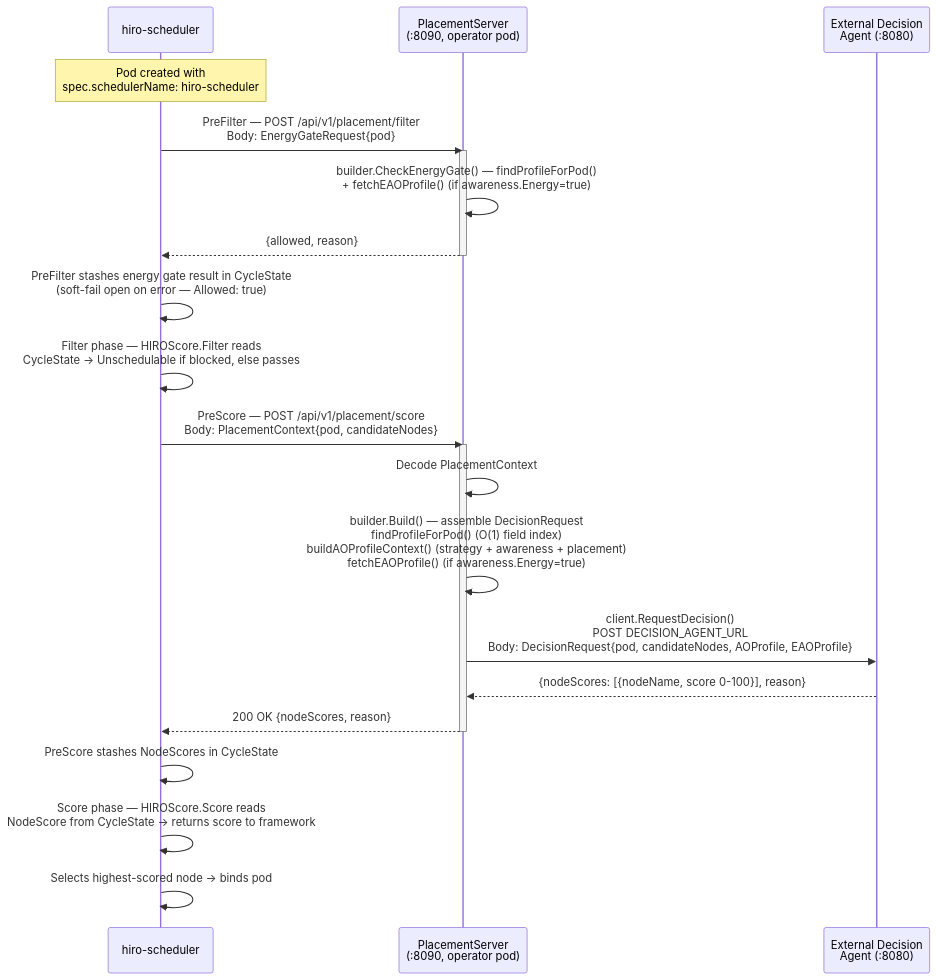
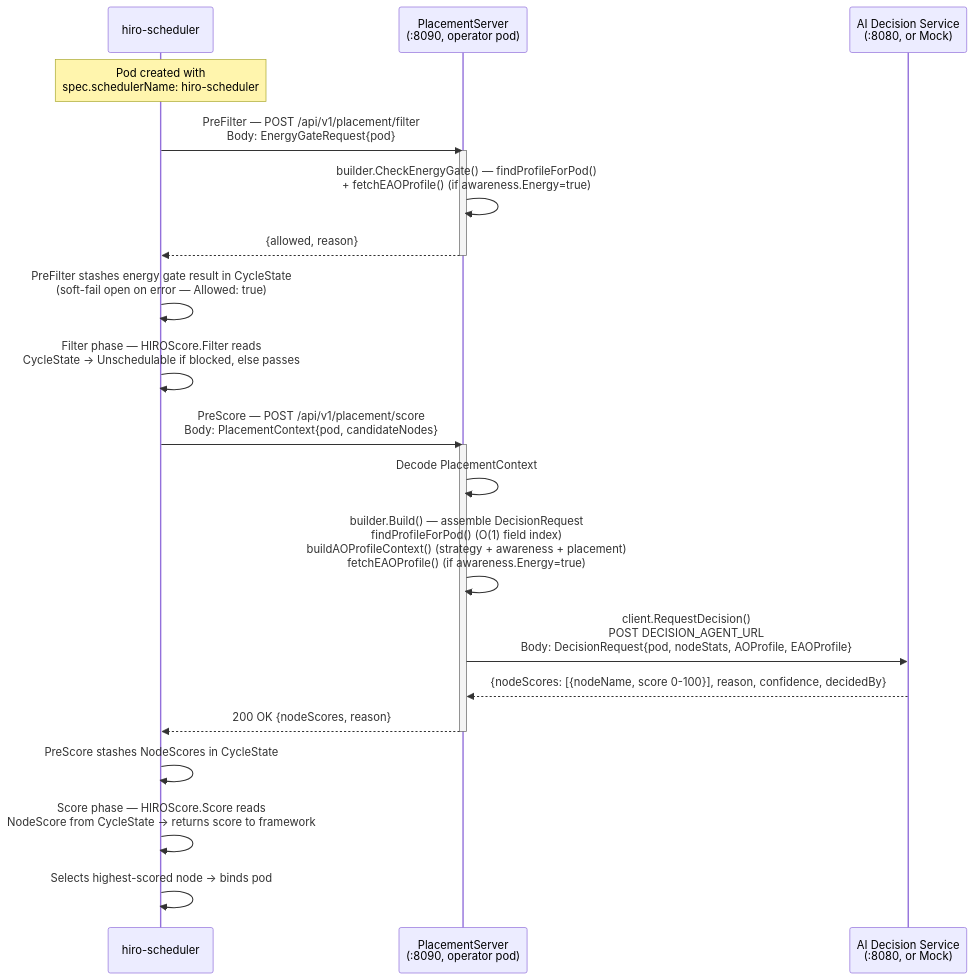
One commit to HIRO-MicroDataCenters-BV/hiro-adaptive-orchestrator changed the fourth of 5 diagrams in docs/architecture.md. Above: the diagram before and after it, drawn with Mermaid. The commit also changed other lines of this file, not shown here.

Commit message:
Make the agent and placement request timeouts configurable, let the demo accept Kev's answers, and show the AI Decision Service and Kev in the architecture doc

````diff
--- a/docs/architecture.md
+++ b/docs/architecture.md
@@ -178,26 +187,26 @@
 ```mermaid
 sequenceDiagram
     participant Sched as hiro-scheduler
     participant PS as PlacementServer<br/>(:8090, operator pod)
-    participant Agent as External Decision<br/>Agent (:8080)
+    participant Agent as AI Decision Service<br/>(:8080, or Mock)
 
     Note over Sched: Pod created with<br/>spec.schedulerName: hiro-scheduler
     Sched->>PS: PreFilter — POST /api/v1/placement/filter<br/>Body: EnergyGateRequest{pod}
     activate PS
     PS->>PS: builder.CheckEnergyGate() — findProfileForPod()<br/>+ fetchEAOProfile() (if awareness.Energy=true)
     PS-->>Sched: {allowed, reason}
     deactivate PS
     Sched->>Sched: PreFilter stashes energy gate result in CycleState<br/>(soft-fail open on error — Allowed: true)
     Sched->>Sched: Filter phase — HIROScore.Filter reads<br/>CycleState → Unschedulable if blocked, else passes
     Sched->>PS: PreScore — POST /api/v1/placement/score<br/>Body: PlacementContext{pod, candidateNodes}
     activate PS
     PS->>PS: Decode PlacementContext
     PS->>PS: builder.Build() — assemble DecisionRequest<br/>findProfileForPod() (O(1) field index)<br/>buildAOProfileContext() (strategy + awareness + placement)<br/>fetchEAOProfile() (if awareness.Energy=true)
-    PS->>Agent: client.RequestDecision()<br/>POST DECISION_AGENT_URL<br/>Body: DecisionRequest{pod, candidateNodes, AOProfile, EAOProfile}
-    Agent-->>PS: {nodeScores: [{nodeName, score 0-100}], reason}
+    PS->>Agent: client.RequestDecision()<br/>POST DECISION_AGENT_URL<br/>Body: DecisionRequest{pod, nodeStats, AOProfile, EAOProfile}
+    Agent-->>PS: {nodeScores: [{nodeName, score 0-100}], reason, confidence, decidedBy}
     PS-->>Sched: 200 OK {nodeScores, reason}
     deactivate PS
     Sched->>Sched: PreScore stashes NodeScores in CycleState
     Sched->>Sched: Score phase — HIROScore.Score reads<br/>NodeScore from CycleState → returns score to framework
     Sched->>Sched: Selects highest-scored node → binds pod
 ```
````
